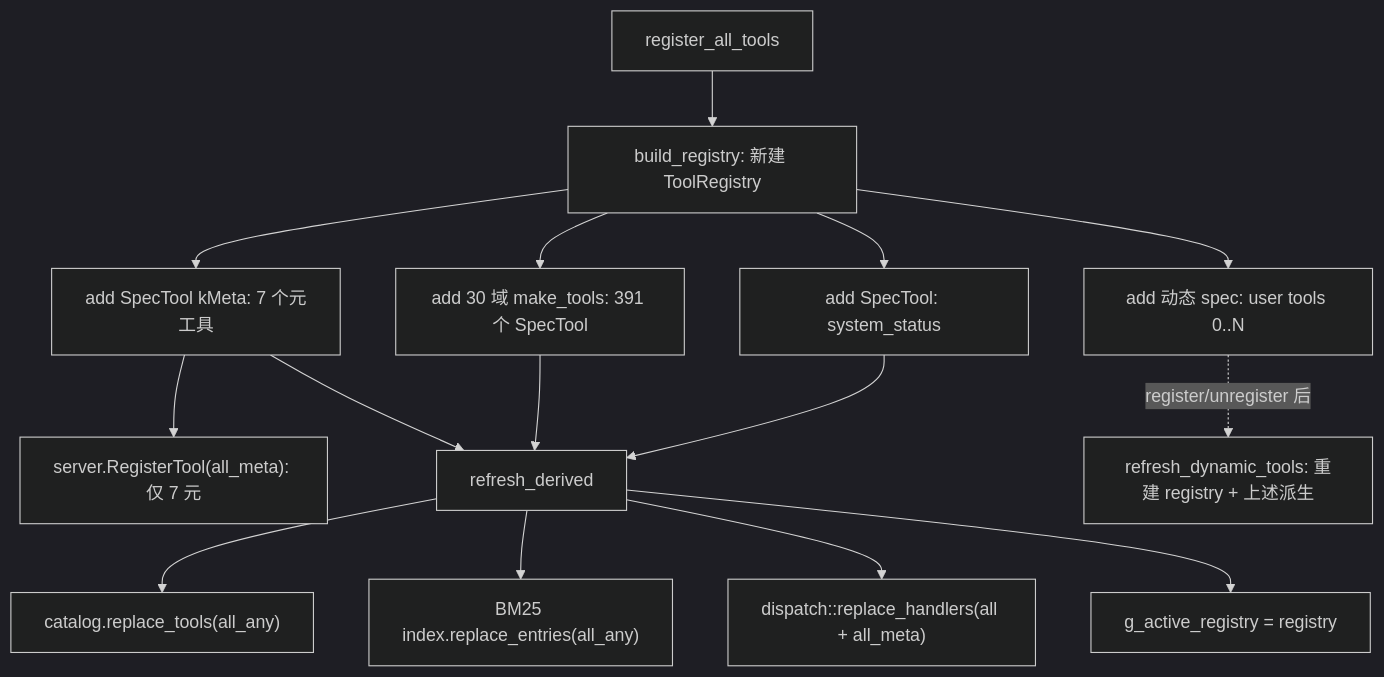
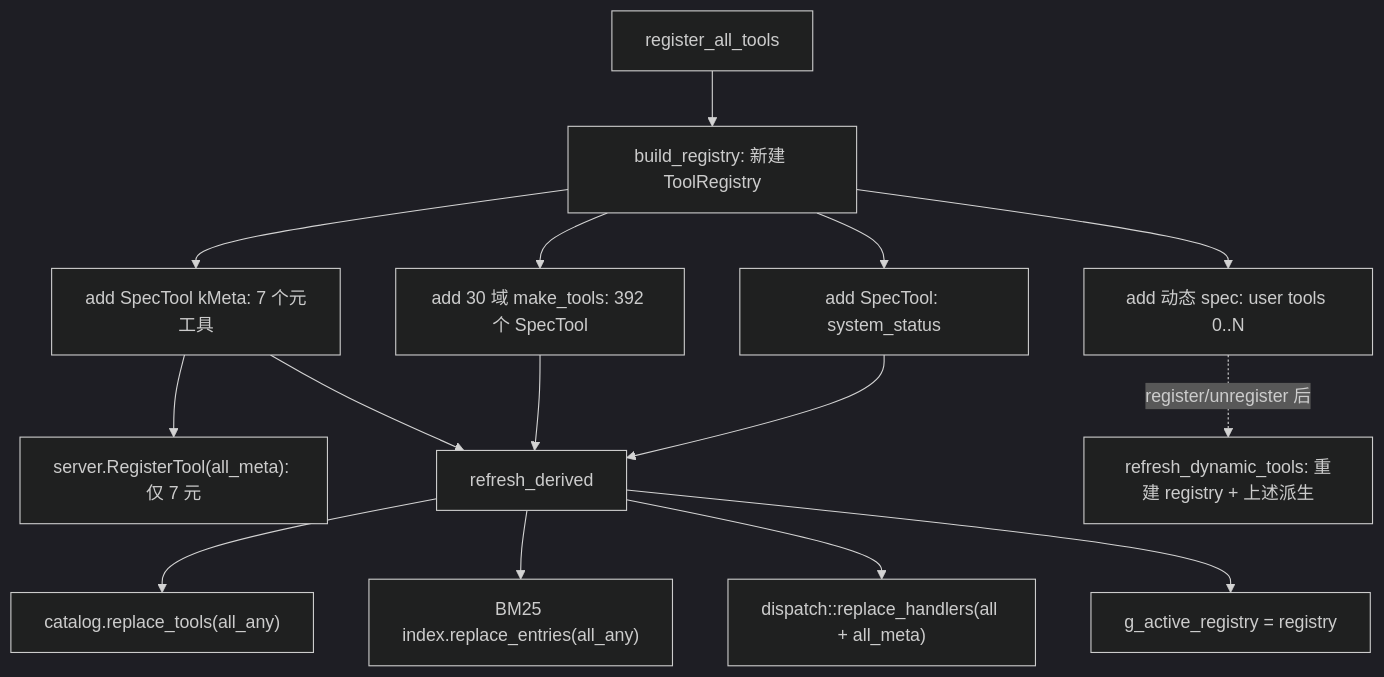
The diagram in docs/wiki/modules/tools_registry.md (jesspig/Godot-Autopilot), drawn with Mermaid (dark theme) before and after one commit. The commit also changed other lines of this file and 25 other files, not shown here.

````diff
--- a/docs/wiki/modules/tools_registry.md
+++ b/docs/wiki/modules/tools_registry.md
@@ -23,17 +23,17 @@
 ```mermaid
 flowchart TD
     A["register_all_tools"] --> B["build_registry: 新建 ToolRegistry"]
     B --> C["add SpecTool: system_status"]
-    B --> D["add 30 域 make_tools: 391 个 SpecTool"]
+    B --> D["add 30 域 make_tools: 392 个 SpecTool"]
     B --> E["add SpecTool kMeta: 7 个元工具"]
     B --> F["add 动态 spec: user tools 0..N"]
     E --> G["server.RegisterTool(all_meta): 仅 7 元"]
     C --> H["refresh_derived"]
     D --> H
     E --> H
     H --> I["catalog.replace_tools(all_any)"]
     H --> J["BM25 index.replace_entries(all_any)"]
     H --> K["dispatch::replace_handlers(all + all_meta)"]
     H --> L["g_active_registry = registry"]
     F -. "register/unregister 后" .-> M["refresh_dynamic_tools: 重建 registry + 上述派生"]
 ```
````
